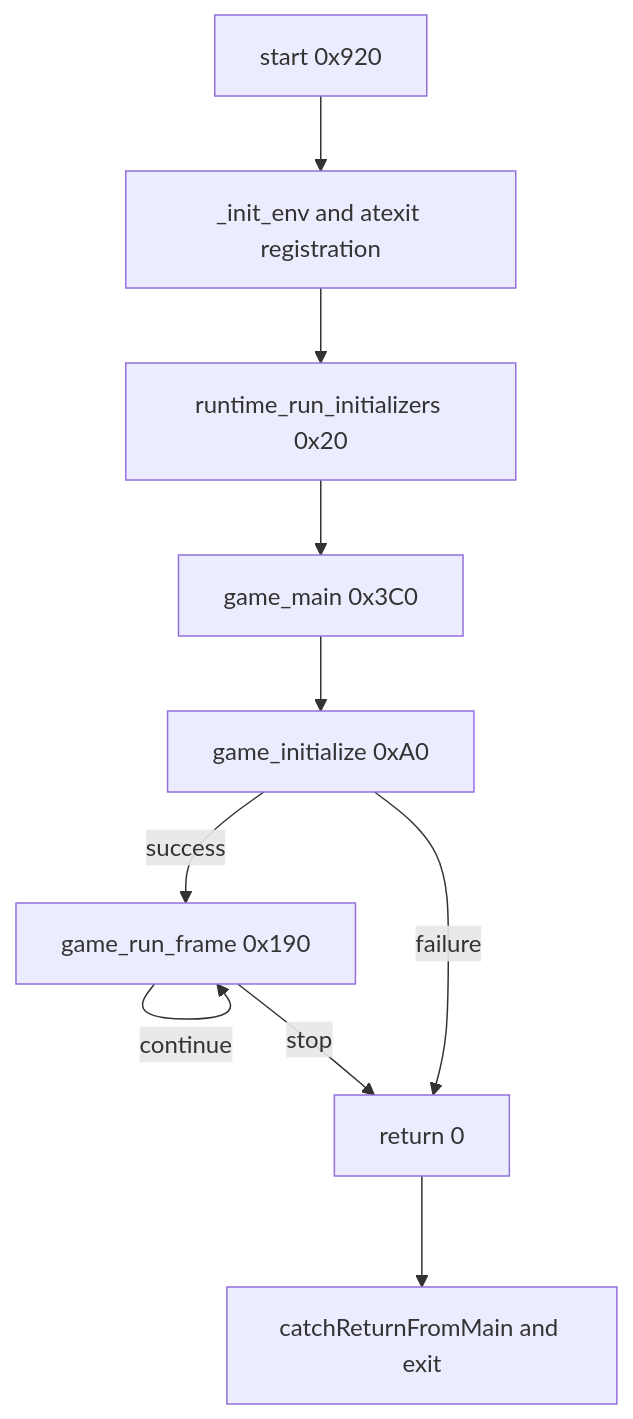
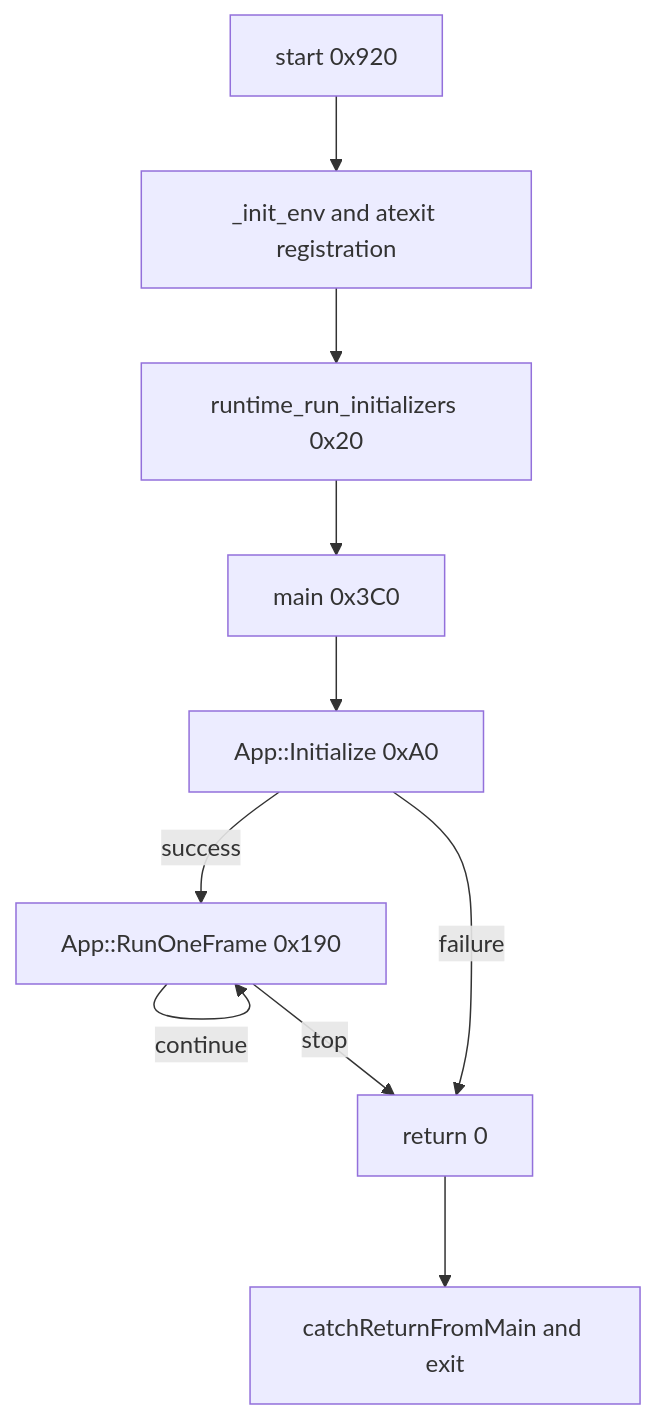
One commit to copeison/rb4-decomp changed the diagram in docs/startup.md. Above: the diagram before and after it, drawn with Mermaid. The commit also changed other lines of this file and 8 other files, not shown here.

````diff
--- a/docs/startup.md
+++ b/docs/startup.md
@@ -7,12 +7,12 @@
 ```mermaid
 flowchart TD
     A["start 0x920"] --> B["_init_env and atexit registration"]
     B --> C["runtime_run_initializers 0x20"]
-    C --> D["game_main 0x3C0"]
-    D --> E["game_initialize 0xA0"]
-    E -->|success| F["game_run_frame 0x190"]
+    C --> D["main 0x3C0"]
+    D --> E["App::Initialize 0xA0"]
+    E -->|success| F["App::RunOneFrame 0x190"]
     F -->|continue| F
     F -->|stop| G["return 0"]
     E -->|failure| G
     G --> H["catchReturnFromMain and exit"]
 ```
````
